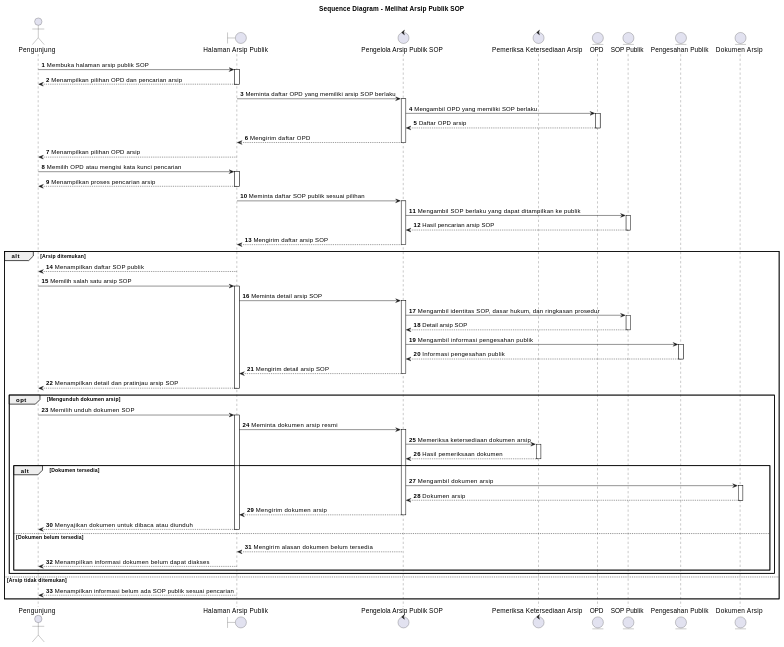
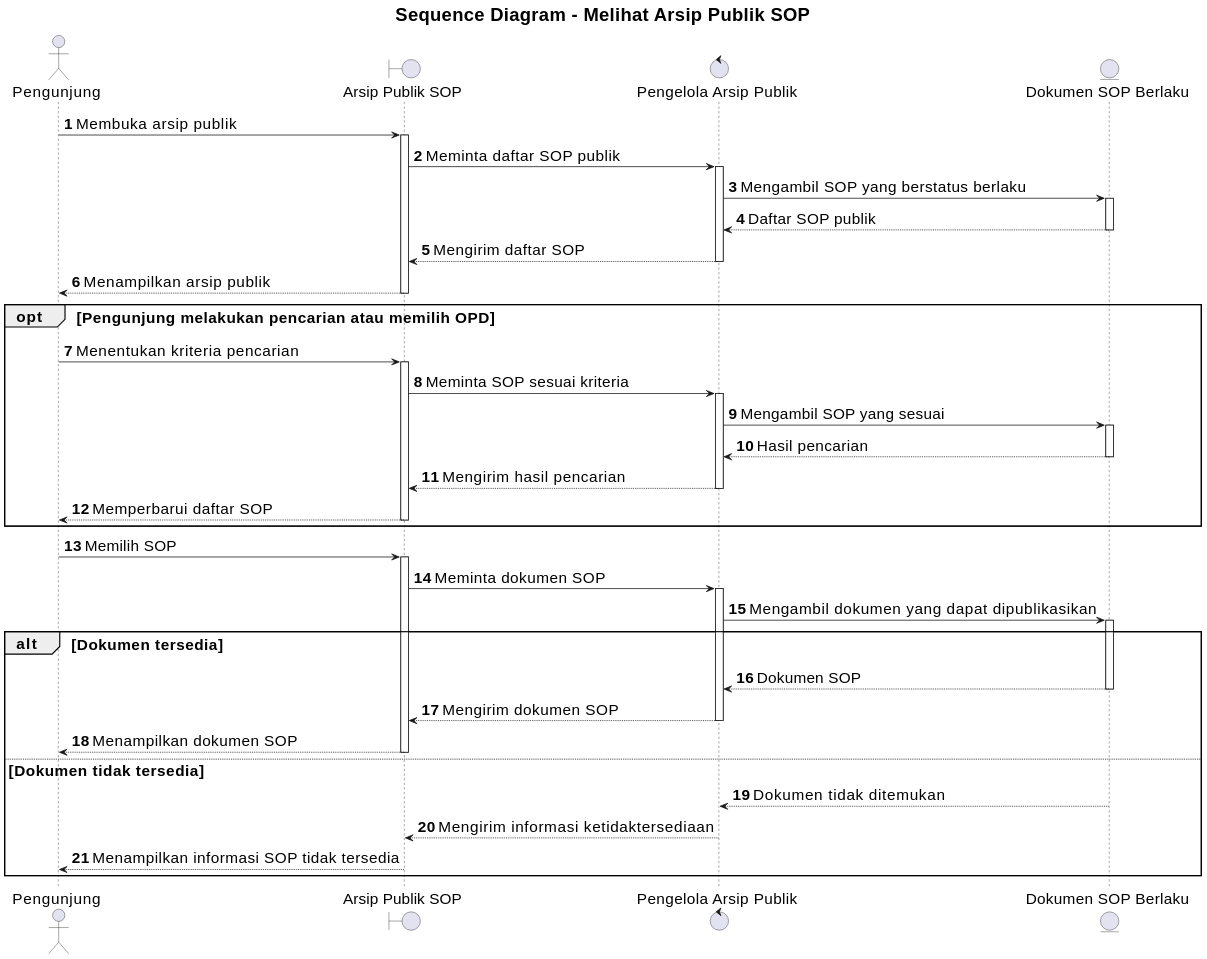
Before and after one commit to howlil/sop-generate-app: the diagram in docs/sequence/lampiran/pengunjung-melihat-arsip-publik-sop.md, drawn with PlantUML. The commit also changed other lines of this file and 20 other files, not shown here.

Commit message:
docs(sequence): align all sequence diagrams with use cases

````diff
--- a/docs/sequence/lampiran/pengunjung-melihat-arsip-publik-sop.md
+++ b/docs/sequence/lampiran/pengunjung-melihat-arsip-publik-sop.md
@@ -16,60 +16,46 @@
 ```plantuml
 @startuml
+skinparam defaultFontSize 20
+skinparam titleFontSize 24
+skinparam dpi 160
+
 title Sequence Diagram - Melihat Arsip Publik SOP
 autonumber
 autoactivate on
 
 actor "Pengunjung" as A
-boundary "Halaman Arsip Publik" as B
-control "Pengelola Arsip Publik SOP" as C
-control "Pemeriksa Ketersediaan Arsip" as D
-entity "OPD" as OPD
-entity "SOP Publik" as SOPPublik
-entity "Pengesahan Publik" as PengesahanPublik
-entity "Dokumen Arsip" as DokumenArsip
+boundary "Arsip Publik SOP" as B
+control "Pengelola Arsip Publik" as C
+entity "Dokumen SOP Berlaku" as D
 
-A -> B : Membuka halaman arsip publik SOP
-B --> A : Menampilkan pilihan OPD dan pencarian arsip
-B -> C : Meminta daftar OPD yang memiliki arsip SOP berlaku
-C -> OPD : Mengambil OPD yang memiliki SOP berlaku
-OPD --> C : Daftar OPD arsip
-C --> B : Mengirim daftar OPD
-B --> A : Menampilkan pilihan OPD arsip
+A -> B : Membuka arsip publik
+B -> C : Meminta daftar SOP publik
+C -> D : Mengambil SOP yang berstatus berlaku
+D --> C : Daftar SOP publik
+C --> B : Mengirim daftar SOP
+B --> A : Menampilkan arsip publik
 
-A -> B : Memilih OPD atau mengisi kata kunci pencarian
-B --> A : Menampilkan proses pencarian arsip
-B -> C : Meminta daftar SOP publik sesuai pilihan
-C -> SOPPublik : Mengambil SOP berlaku yang dapat ditampilkan ke publik
-SOPPublik --> C : Hasil pencarian arsip SOP
-C --> B : Mengirim daftar arsip SOP
-alt Arsip ditemukan
-  B --> A : Menampilkan daftar SOP publik
-  A -> B : Memilih salah satu arsip SOP
-  B -> C : Meminta detail arsip SOP
-  C -> SOPPublik : Mengambil identitas SOP, dasar hukum, dan ringkasan prosedur
-  SOPPublik --> C : Detail arsip SOP
-  C -> PengesahanPublik : Mengambil informasi pengesahan publik
-  PengesahanPublik --> C : Informasi pengesahan publik
-  C --> B : Mengirim detail arsip SOP
-  B --> A : Menampilkan detail dan pratinjau arsip SOP
-  opt Mengunduh dokumen arsip
-    A -> B : Memilih unduh dokumen SOP
-    B -> C : Meminta dokumen arsip resmi
-    C -> D : Memeriksa ketersediaan dokumen arsip
-    D --> C : Hasil pemeriksaan dokumen
-    alt Dokumen tersedia
-      C -> DokumenArsip : Mengambil dokumen arsip
-      DokumenArsip --> C : Dokumen arsip
-      C --> B : Mengirim dokumen arsip
-      B --> A : Menyajikan dokumen untuk dibaca atau diunduh
-    else Dokumen belum tersedia
-      C --> B : Mengirim alasan dokumen belum tersedia
-      B --> A : Menampilkan informasi dokumen belum dapat diakses
-    end
-  end
-else Arsip tidak ditemukan
-  B --> A : Menampilkan informasi belum ada SOP publik sesuai pencarian
+opt Pengunjung melakukan pencarian atau memilih OPD
+  A -> B : Menentukan kriteria pencarian
+  B -> C : Meminta SOP sesuai kriteria
+  C -> D : Mengambil SOP yang sesuai
+  D --> C : Hasil pencarian
+  C --> B : Mengirim hasil pencarian
+  B --> A : Memperbarui daftar SOP
+end
+
+A -> B : Memilih SOP
+B -> C : Meminta dokumen SOP
+C -> D : Mengambil dokumen yang dapat dipublikasikan
+alt Dokumen tersedia
+  D --> C : Dokumen SOP
+  C --> B : Mengirim dokumen SOP
+  B --> A : Menampilkan dokumen SOP
+else Dokumen tidak tersedia
+  D --> C : Dokumen tidak ditemukan
+  C --> B : Mengirim informasi ketidaktersediaan
+  B --> A : Menampilkan informasi SOP tidak tersedia
 end
 
 @enduml
 ```
````
